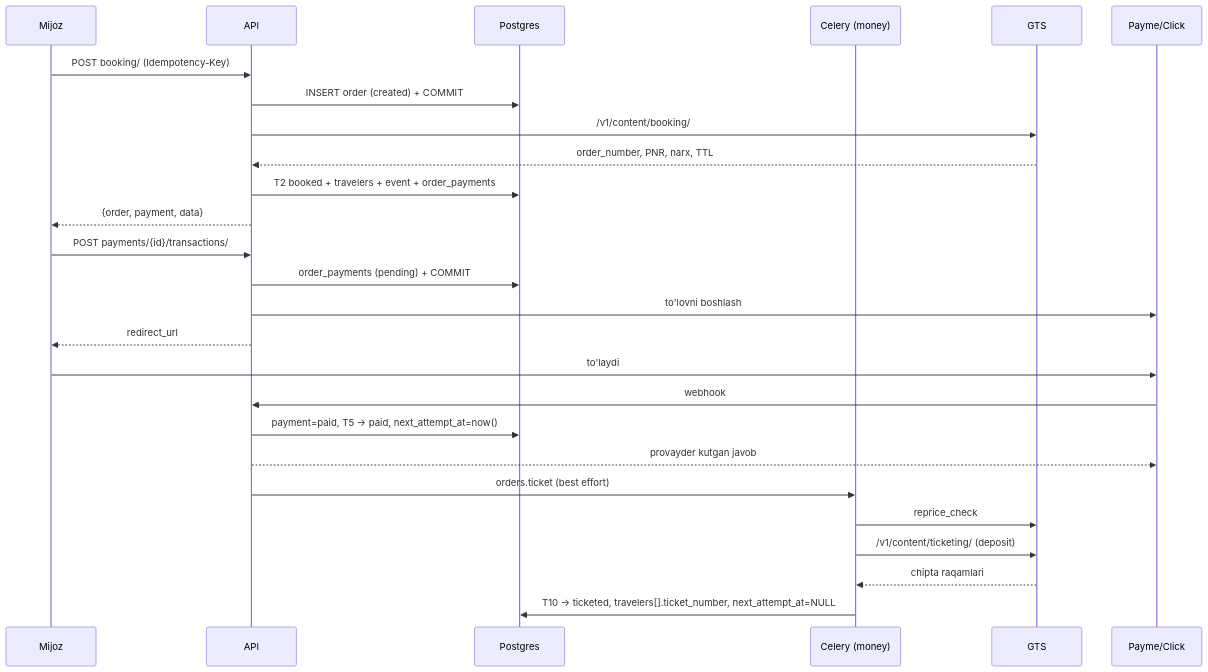
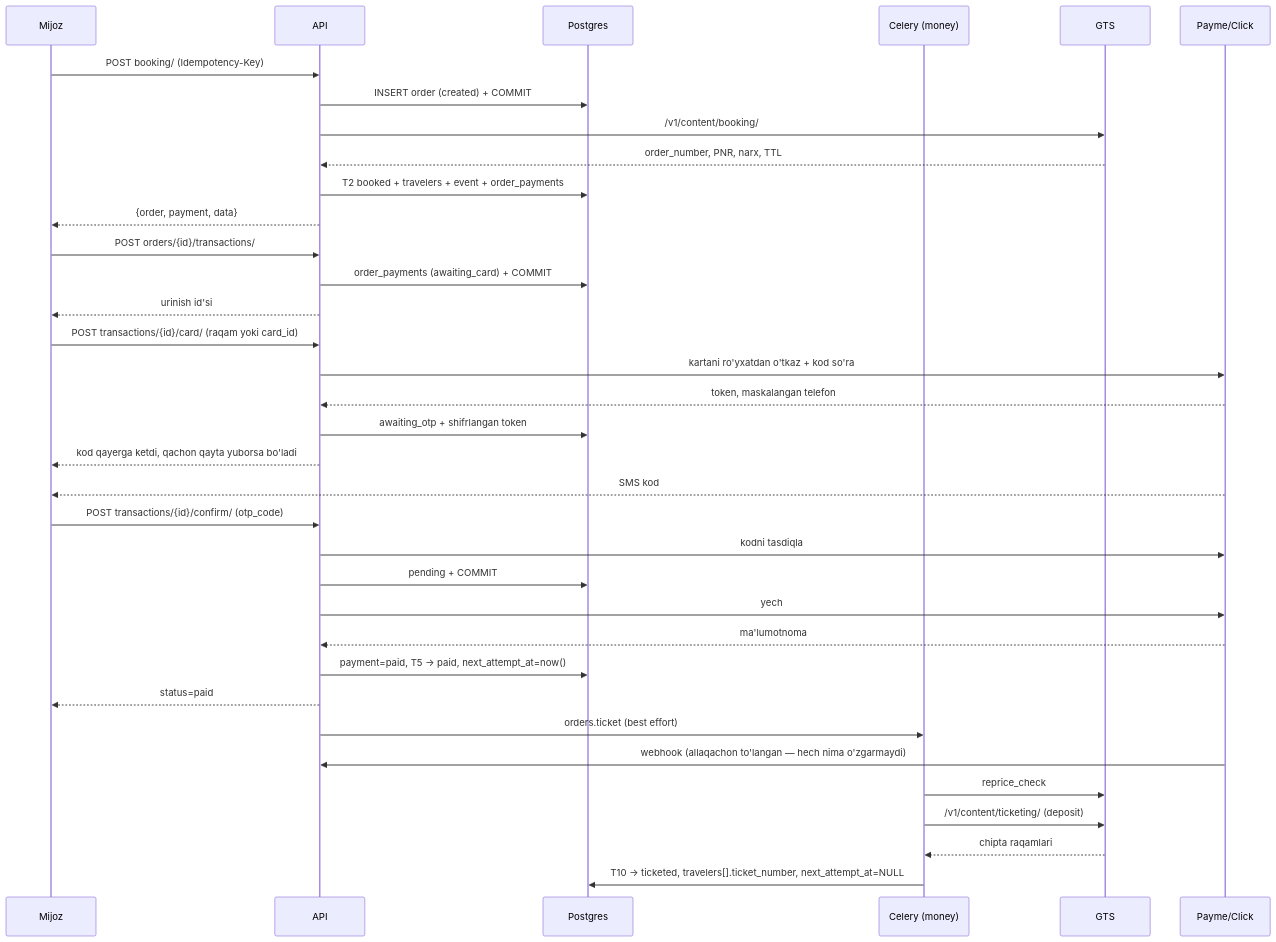
Before and after one commit to djumanov/b2c: the third of 4 diagrams in docs/order-system/03-design.md, drawn with Mermaid. The commit also changed other lines of this file and 1 other file, not shown here.

````diff
--- a/docs/order-system/03-design.md
+++ b/docs/order-system/03-design.md
@@ -695,31 +811,42 @@
 ```mermaid
 sequenceDiagram
     participant M as Mijoz
     participant A as API
     participant DB as Postgres
     participant W as Celery (money)
     participant G as GTS
     participant P as Payme/Click
 
     M->>A: POST booking/ (Idempotency-Key)
     A->>DB: INSERT order (created) + COMMIT
     A->>G: /v1/content/booking/
     G-->>A: order_number, PNR, narx, TTL
     A->>DB: T2 booked + travelers + event + order_payments
     A-->>M: {order, payment, data}
 
-    M->>A: POST payments/{id}/transactions/
-    A->>DB: order_payments (pending) + COMMIT
-    A->>P: to'lovni boshlash
-    A-->>M: redirect_url
-    M->>P: to'laydi
-    P->>A: webhook
+    M->>A: POST orders/{id}/transactions/
+    A->>DB: order_payments (awaiting_card) + COMMIT
+    A-->>M: urinish id'si
+
+    M->>A: POST transactions/{id}/card/ (raqam yoki card_id)
+    A->>P: kartani ro'yxatdan o'tkaz + kod so'ra
+    P-->>A: token, maskalangan telefon
+    A->>DB: awaiting_otp + shifrlangan token
+    A-->>M: kod qayerga ketdi, qachon qayta yuborsa bo'ladi
+    P-->>M: SMS kod
+
+    M->>A: POST transactions/{id}/confirm/ (otp_code)
+    A->>P: kodni tasdiqla
+    A->>DB: pending + COMMIT
+    A->>P: yech
+    P-->>A: ma'lumotnoma
     A->>DB: payment=paid, T5 → paid, next_attempt_at=now()
-    A-->>P: provayder kutgan javob
+    A-->>M: status=paid
     A->>W: orders.ticket (best effort)
+    P->>A: webhook (allaqachon to'langan — hech nima o'zgarmaydi)
 
     W->>G: reprice_check
     W->>G: /v1/content/ticketing/ (deposit)
     G-->>W: chipta raqamlari
     W->>DB: T10 → ticketed, travelers[].ticket_number, next_attempt_at=NULL
 ```
````
